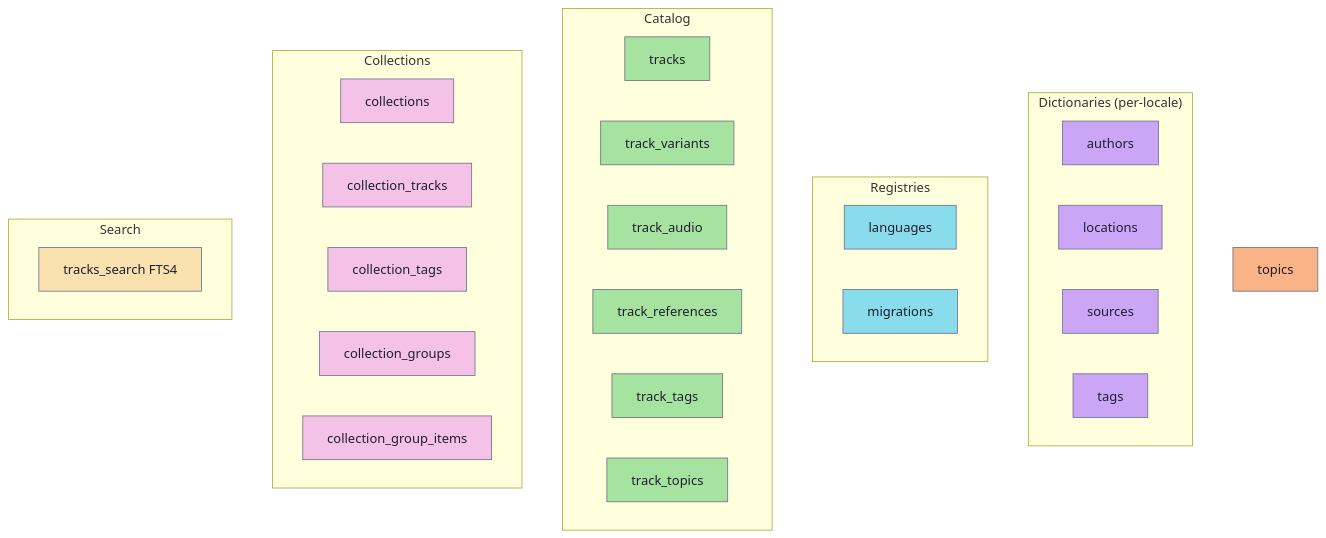
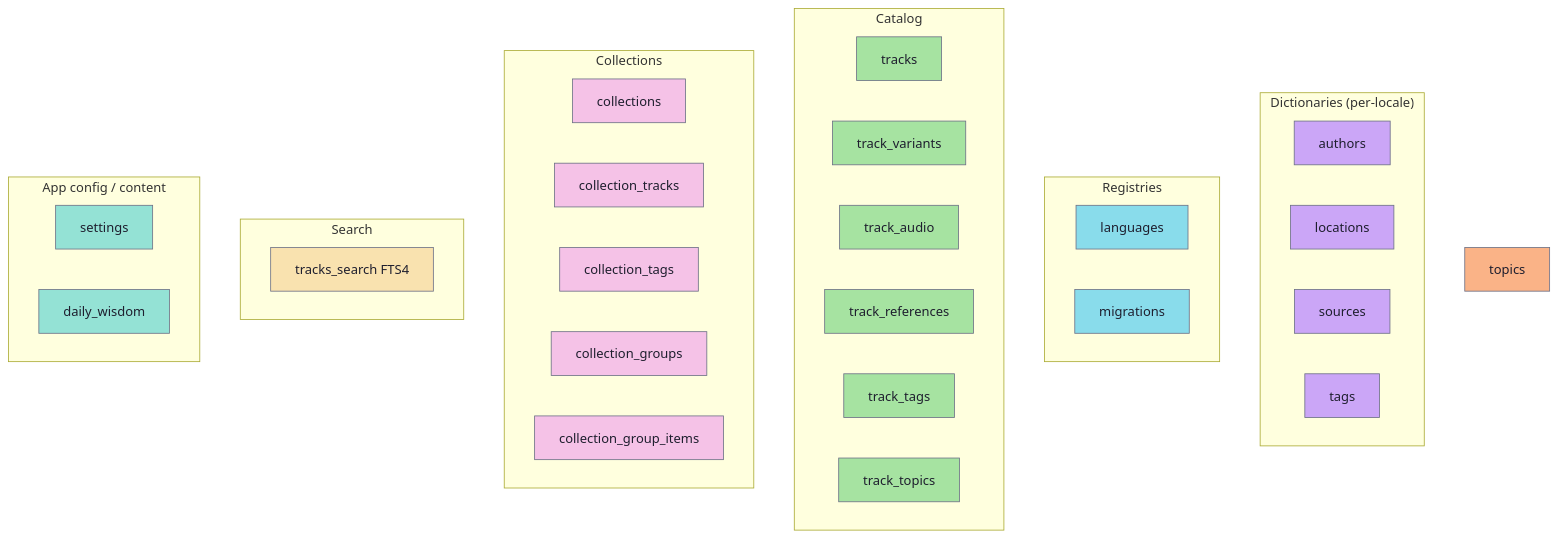
The diagram in docs/repos/shruti/db/content-db.md (jiva-studio/shruti), drawn with Mermaid before and after one commit. The commit also changed other lines of this file and 4 other files, not shown here.

````diff
--- a/docs/repos/shruti/db/content-db.md
+++ b/docs/repos/shruti/db/content-db.md
@@ -7,50 +7,57 @@
 ```mermaid
 graph TD
     subgraph dict["Dictionaries (per-locale)"]
         AU[authors]
         LO[locations]
         SO[sources]
         TG[tags]
     end
 
     subgraph reg["Registries"]
         LA[languages]
         MIG[migrations]
     end
 
     subgraph cat["Catalog"]
         T[tracks]
         TV[track_variants]
         TA[track_audio]
         TR[track_references]
         TT[track_tags]
         TPC[track_topics]
     end
 
     subgraph col["Collections"]
         C[collections]
         CT[collection_tracks]
         CTG[collection_tags]
         CG[collection_groups]
         CGI[collection_group_items]
     end
 
     subgraph idx["Search"]
         TS[tracks_search FTS4]
     end
 
+    subgraph app["App config / content"]
+        ST[settings]
+        DW[daily_wisdom]
+    end
+
     TP[topics]
 
     classDef dict fill:#cba6f7,stroke:#6c7086,color:#1e1e2e;
     classDef reg fill:#89dceb,stroke:#6c7086,color:#1e1e2e;
     classDef cat fill:#a6e3a1,stroke:#6c7086,color:#1e1e2e;
     classDef col fill:#f5c2e7,stroke:#6c7086,color:#1e1e2e;
     classDef idx fill:#f9e2af,stroke:#6c7086,color:#1e1e2e;
     classDef top fill:#fab387,stroke:#6c7086,color:#1e1e2e;
+    classDef appc fill:#94e2d5,stroke:#6c7086,color:#1e1e2e;
     class AU,LO,SO,TG dict;
     class LA,MIG reg;
     class T,TV,TA,TR,TT,TPC cat;
     class C,CT,CTG,CG,CGI col;
     class TS idx;
     class TP top;
+    class ST,DW appc;
 ```
````
